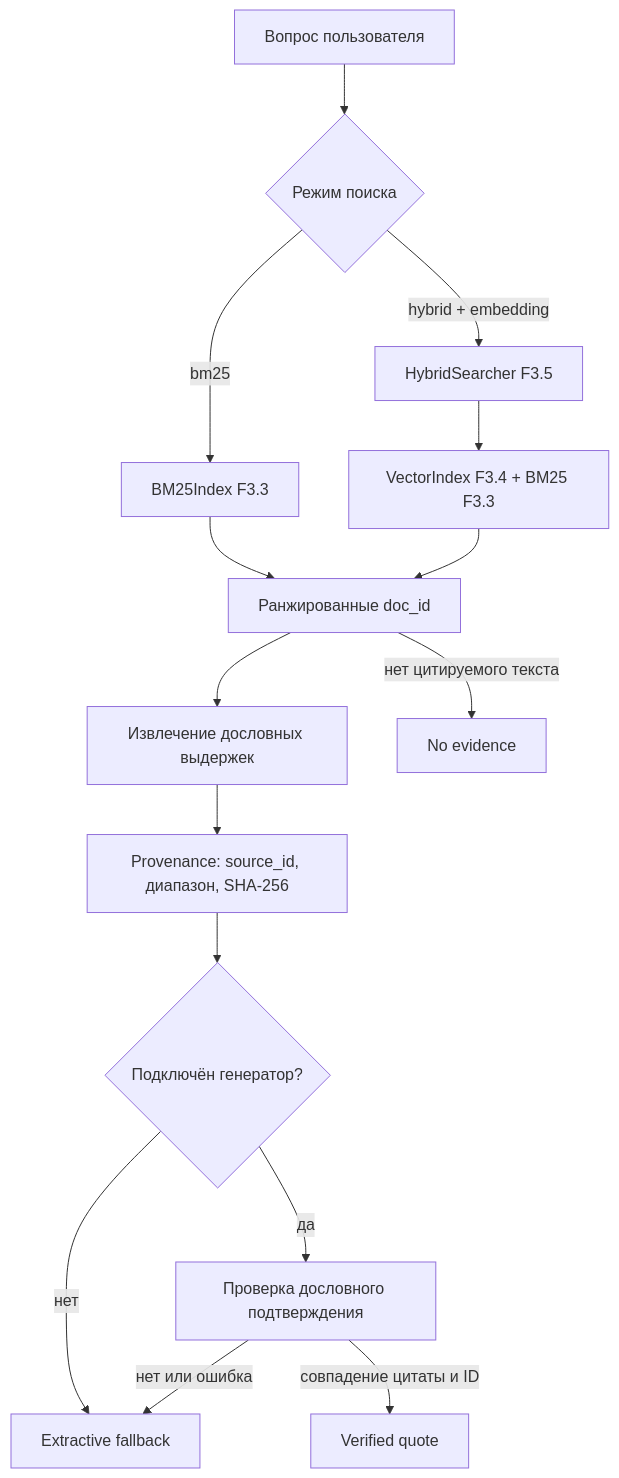
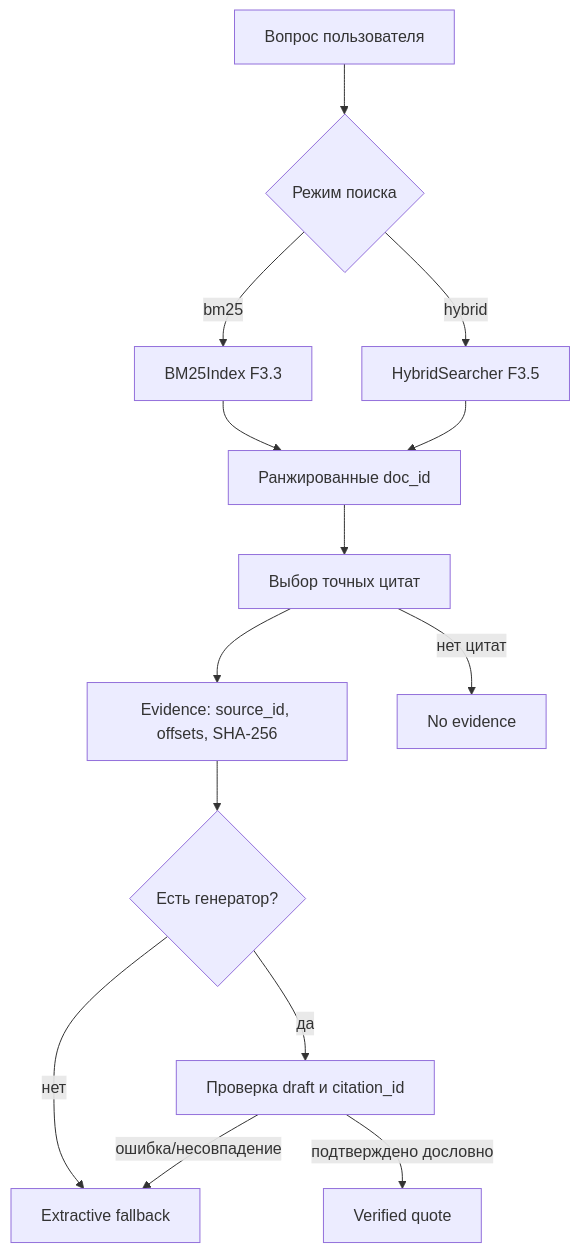
The diagram in docs/steps/F3_08_rag_provenance.md (trasher88/ml-engineering-lab), drawn with Mermaid before and after one commit. The commit also changed other lines of this file and 27 other files, not shown here.

````diff
--- a/docs/steps/F3_08_rag_provenance.md
+++ b/docs/steps/F3_08_rag_provenance.md
@@ -40,17 +110,16 @@
 ```mermaid
 flowchart TD
     Q[Вопрос пользователя] --> R{Режим поиска}
-    R -->|bm25| BM[BM25Index F3.3]
-    R -->|hybrid + embedding| H[HybridSearcher F3.5]
-    H --> V[VectorIndex F3.4 + BM25 F3.3]
-    BM --> S[Ранжированные doc_id]
-    V --> S
-    S --> C[Извлечение дословных выдержек]
-    C --> P[Provenance: source_id, диапазон, SHA-256]
-    P --> G{Подключён генератор?}
+    R -->|bm25| B[BM25Index F3.3]
+    R -->|hybrid| H[HybridSearcher F3.5]
+    B --> D[Ранжированные doc_id]
+    H --> D
+    D --> C[Выбор точных цитат]
+    C --> P["Evidence: source_id, offsets, SHA-256"]
+    P --> G{Есть генератор?}
     G -->|нет| F[Extractive fallback]
-    G -->|да| X[Проверка дословного подтверждения]
-    X -->|совпадение цитаты и ID| A[Verified quote]
-    X -->|нет или ошибка| F
-    S -->|нет цитируемого текста| N[No evidence]
+    G -->|да| V[Проверка draft и citation_id]
+    V -->|подтверждено дословно| O[Verified quote]
+    V -->|ошибка/несовпадение| F
+    C -->|нет цитат| N[No evidence]
 ```
````
